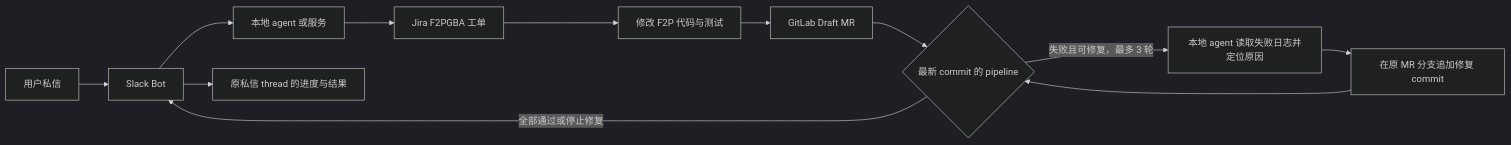
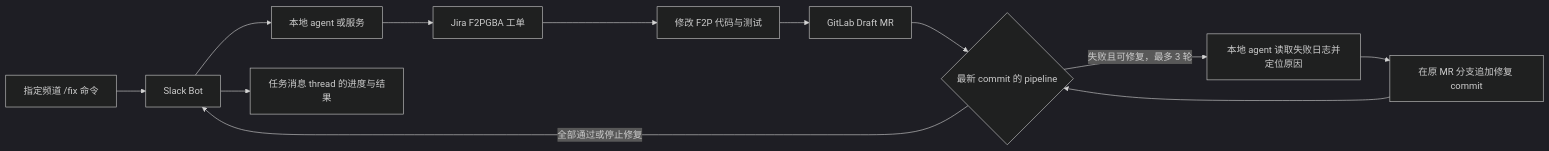
The diagram in plans/chat-to-fix-agent.md (whhe-coder/Chat-to-Fix-Agent), drawn with Mermaid (dark theme) before and after one commit. The commit also changed other lines of this file and 6 other files, not shown here.

````diff
--- a/plans/chat-to-fix-agent.md
+++ b/plans/chat-to-fix-agent.md
@@ -9,14 +9,14 @@
 ```mermaid
 flowchart LR
-    U[用户私信] --> B[Slack Bot]
+    U[指定频道 /fix 命令] --> B[Slack Bot]
     B --> R[本地 agent 或服务]
     R --> J[Jira F2PGBA 工单]
     J --> K[修改 F2P 代码与测试]
     K --> G[GitLab Draft MR]
     G --> C{最新 commit 的 pipeline}
     C -->|失败且可修复，最多 3 轮| L[本地 agent 读取失败日志并定位原因]
     L --> F[在原 MR 分支追加修复 commit]
     F --> C
     C -->|全部通过或停止修复| B
-    B --> T[原私信 thread 的进度与结果]
+    B --> T[任务消息 thread 的进度与结果]
 ```
````
